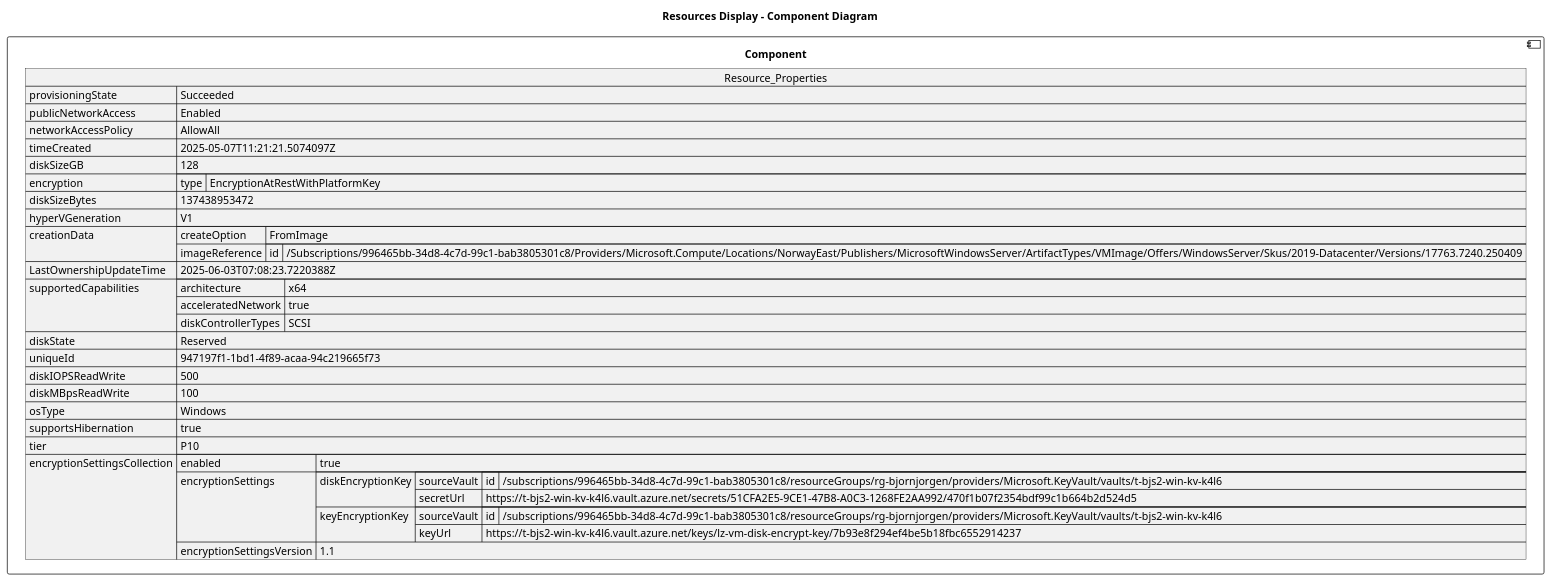
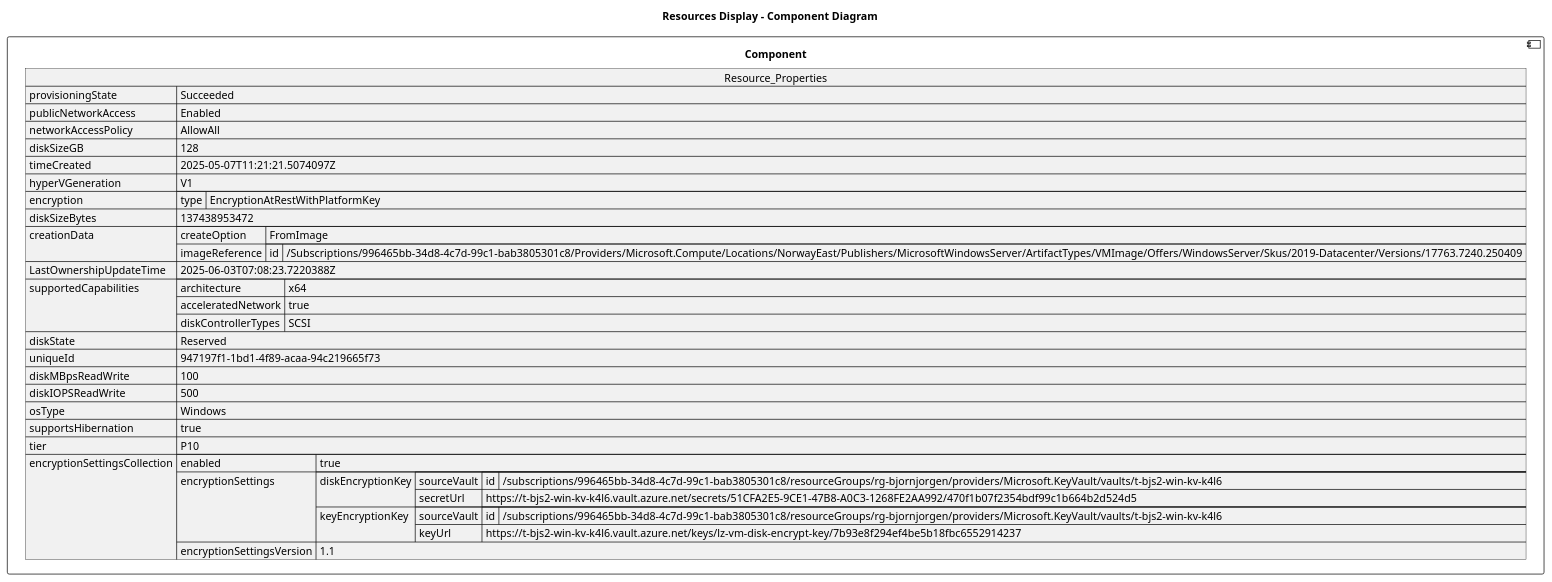
Before and after one commit to DanielAmpong/Test-Azure-architecture-diagram: the diagram in architectureDesign/PUML/rg-bjornjorgen_Resources/t_bjs2_win1_osdisk.puml, drawn with PlantUML. The commit also changed other lines of this file and 305 other files, not shown here.

```diff
--- a/architectureDesign/PUML/rg-bjornjorgen_Resources/t_bjs2_win1_osdisk.puml
+++ b/architectureDesign/PUML/rg-bjornjorgen_Resources/t_bjs2_win1_osdisk.puml
@@ -1,59 +1,59 @@
 @startuml
 
 title Resources Display - Component Diagram
 
 component Component {
 
 json  Resource_Properties {
   "provisioningState": "Succeeded",
   "publicNetworkAccess": "Enabled",
   "networkAccessPolicy": "AllowAll",
+  "diskSizeGB": 128,
   "timeCreated": "2025-05-07T11:21:21.5074097Z",
-  "diskSizeGB": 128,
+  "hyperVGeneration": "V1",
   "encryption": {
     "type": "EncryptionAtRestWithPlatformKey"
   },
   "diskSizeBytes": 137438953472,
-  "hyperVGeneration": "V1",
   "creationData": {
     "createOption": "FromImage",
     "imageReference": {
       "id": "/Subscriptions/996465bb-34d8-4c7d-99c1-bab3805301c8/Providers/Microsoft.Compute/Locations/NorwayEast/Publishers/MicrosoftWindowsServer/ArtifactTypes/VMImage/Offers/WindowsServer/Skus/2019-Datacenter/Versions/17763.7240.250409"
     }
   },
   "LastOwnershipUpdateTime": "2025-06-03T07:08:23.7220388Z",
   "supportedCapabilities": {
     "architecture": "x64",
     "acceleratedNetwork": true,
     "diskControllerTypes": "SCSI"
   },
   "diskState": "Reserved",
   "uniqueId": "947197f1-1bd1-4f89-acaa-94c219665f73",
+  "diskMBpsReadWrite": 100,
   "diskIOPSReadWrite": 500,
-  "diskMBpsReadWrite": 100,
   "osType": "Windows",
   "supportsHibernation": true,
   "tier": "P10",
   "encryptionSettingsCollection": {
     "enabled": true,
     "encryptionSettings": [
       {
         "diskEncryptionKey": {
           "sourceVault": {
             "id": "/subscriptions/996465bb-34d8-4c7d-99c1-bab3805301c8/resourceGroups/rg-bjornjorgen/providers/Microsoft.KeyVault/vaults/t-bjs2-win-kv-k4l6"
           },
           "secretUrl": "https://t-bjs2-win-kv-k4l6.vault.azure.net/secrets/51CFA2E5-9CE1-47B8-A0C3-1268FE2AA992/470f1b07f2354bdf99c1b664b2d524d5"
         },
         "keyEncryptionKey": {
           "sourceVault": {
             "id": "/subscriptions/996465bb-34d8-4c7d-99c1-bab3805301c8/resourceGroups/rg-bjornjorgen/providers/Microsoft.KeyVault/vaults/t-bjs2-win-kv-k4l6"
           },
           "keyUrl": "https://t-bjs2-win-kv-k4l6.vault.azure.net/keys/lz-vm-disk-encrypt-key/7b93e8f294ef4be5b18fbc6552914237"
         }
       }
     ],
     "encryptionSettingsVersion": "1.1"
   }
 }
 }
 @enduml
```
